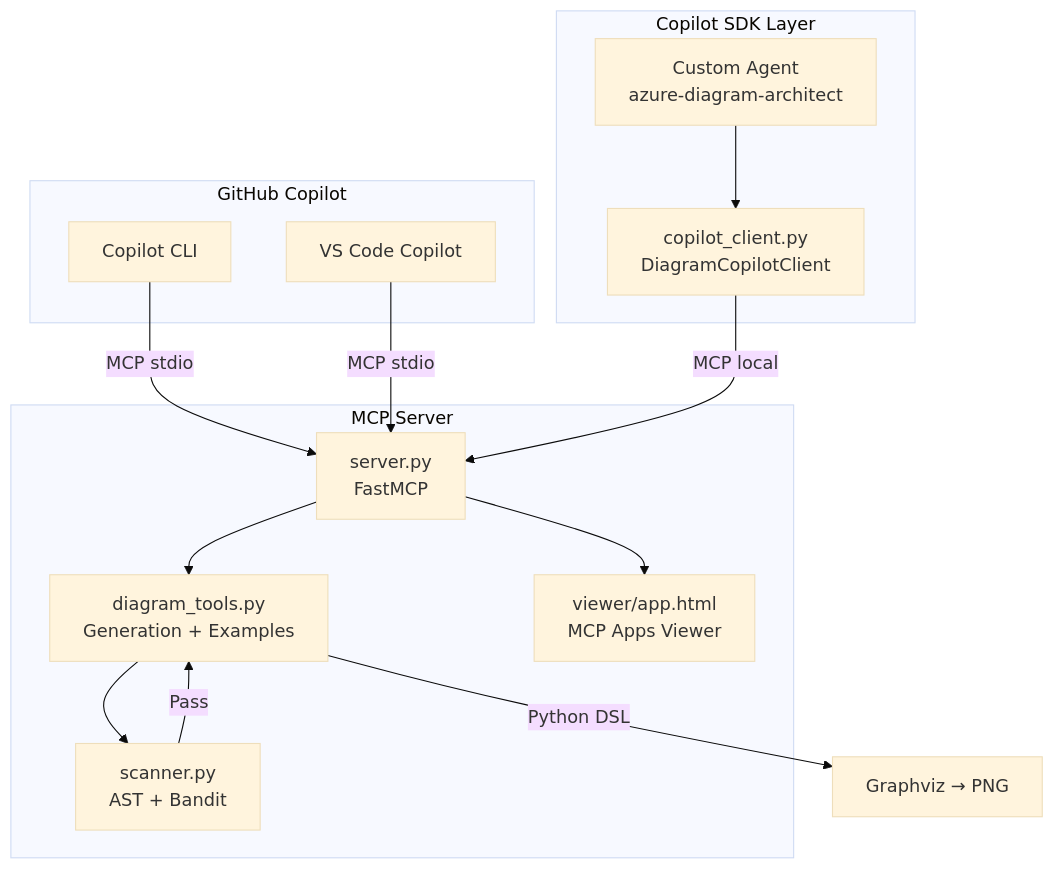
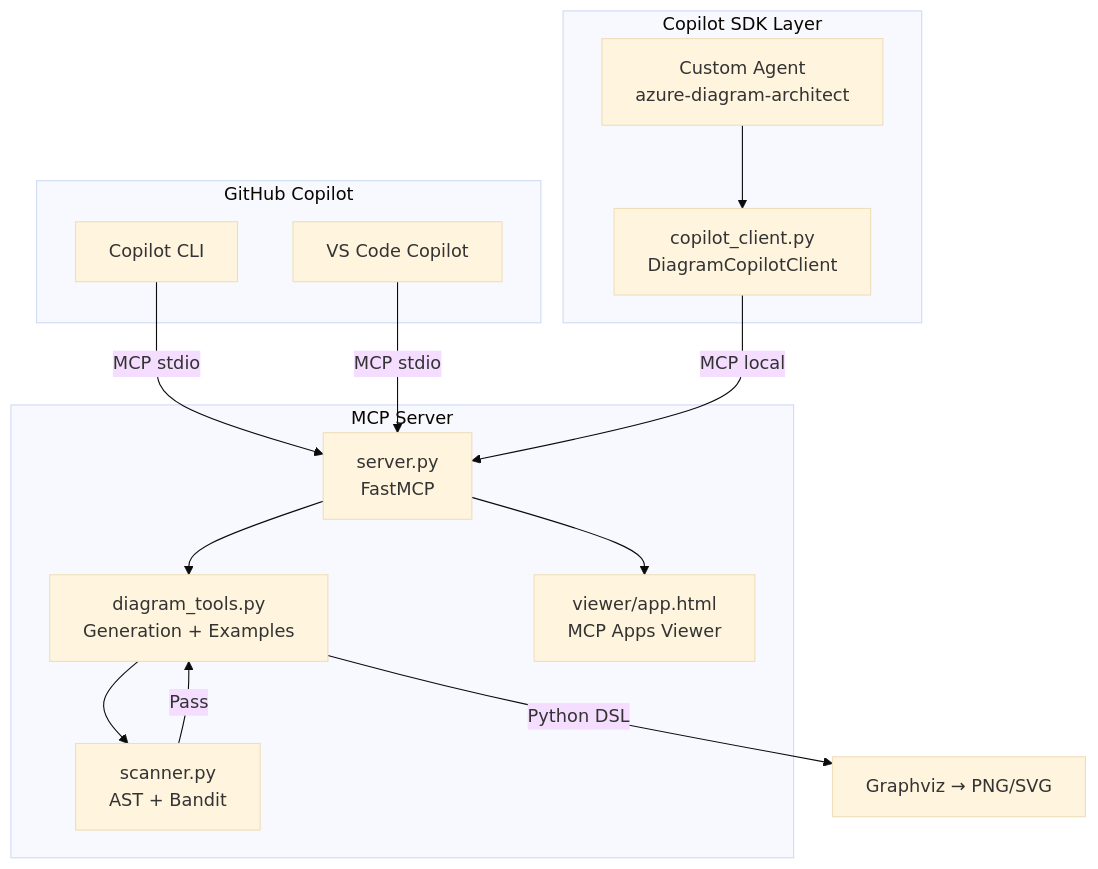
The second of 5 diagrams in README.md (microsoft/diagrams-mcp-server), drawn with Mermaid (base theme) before and after one commit. The commit also changed other lines of this file and 9 other files, not shown here.

````diff
--- a/README.md
+++ b/README.md
@@ -142,28 +142,28 @@
 ```mermaid
 graph TB
     subgraph "GitHub Copilot"
         CLI[Copilot CLI]
         VS[VS Code Copilot]
     end
 
     subgraph "MCP Server"
         S[server.py<br/>FastMCP]
         DT[diagram_tools.py<br/>Generation + Examples]
         SC[scanner.py<br/>AST + Bandit]
         V[viewer/app.html<br/>MCP Apps Viewer]
     end
 
     subgraph "Copilot SDK Layer"
         CC[copilot_client.py<br/>DiagramCopilotClient]
         AG[Custom Agent<br/>azure-diagram-architect]
     end
 
     CLI & VS -->|MCP stdio| S
     CC -->|MCP local| S
     AG --> CC
     S --> DT
     S --> V
     DT --> SC
     SC -->|Pass| DT
-    DT -->|Python DSL| GV[Graphviz → PNG]
+    DT -->|Python DSL| GV[Graphviz → PNG/SVG]
 ```
````
